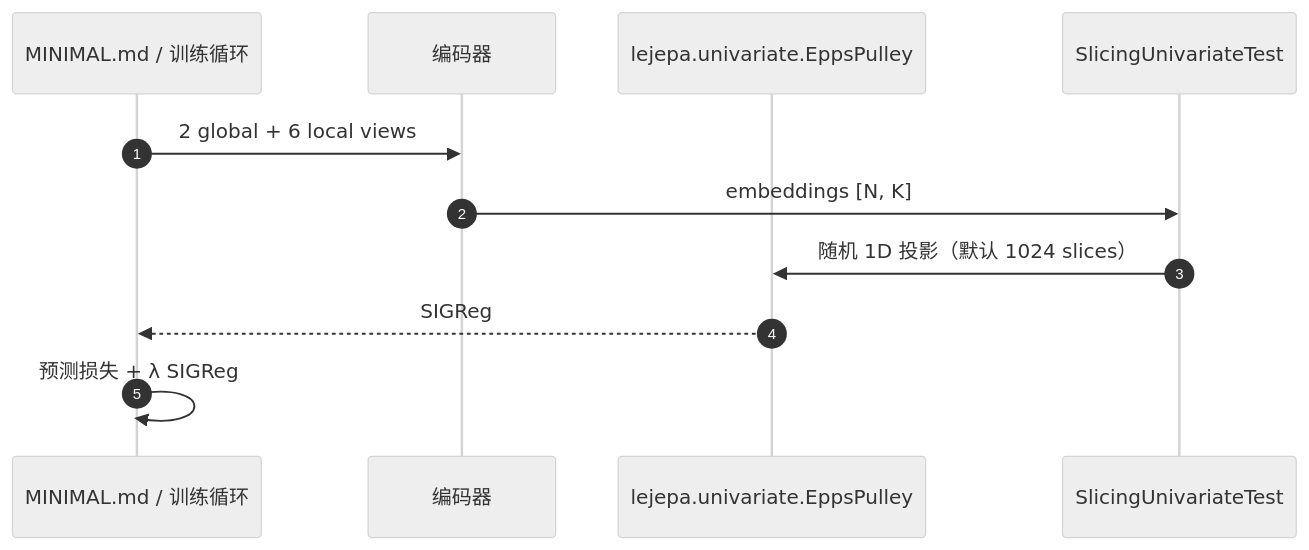
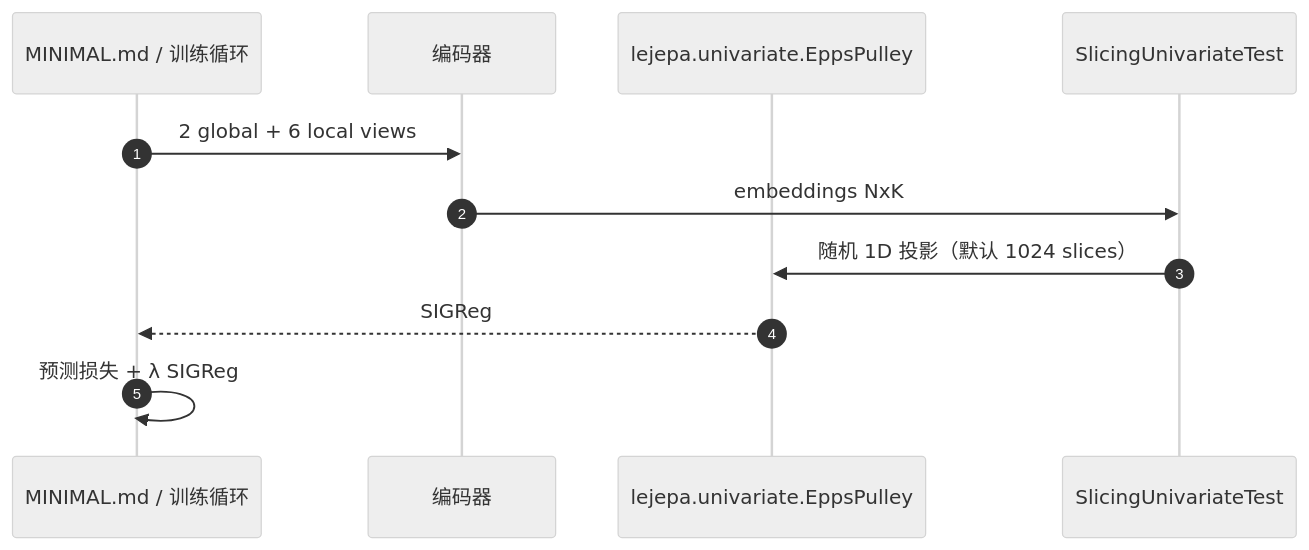
The second of 2 diagrams in wiki/entities/paper-lejepa.md (ImChong/Robotics_Notebooks), drawn with Mermaid (neutral theme) before and after one commit. The commit also changed other lines of this file and 3 other files, not shown here.

Commit message:
fix(wiki): 修正 LeJEPA 族详情页 Mermaid 节点标签以便静态站渲染

````diff
--- a/wiki/entities/paper-lejepa.md
+++ b/wiki/entities/paper-lejepa.md
@@ -71,13 +71,13 @@
 ```mermaid
 sequenceDiagram
   autonumber
   participant Train as MINIMAL.md / 训练循环
   participant Enc as 编码器
   participant SIG as lejepa.univariate.EppsPulley
   participant Slice as SlicingUnivariateTest
   Train->>Enc: 2 global + 6 local views
-  Enc->>Slice: embeddings [N, K]
+  Enc->>Slice: embeddings NxK
   Slice->>SIG: 随机 1D 投影（默认 1024 slices）
   SIG-->>Train: SIGReg
   Train->>Train: 预测损失 + λ SIGReg
 ```
````
